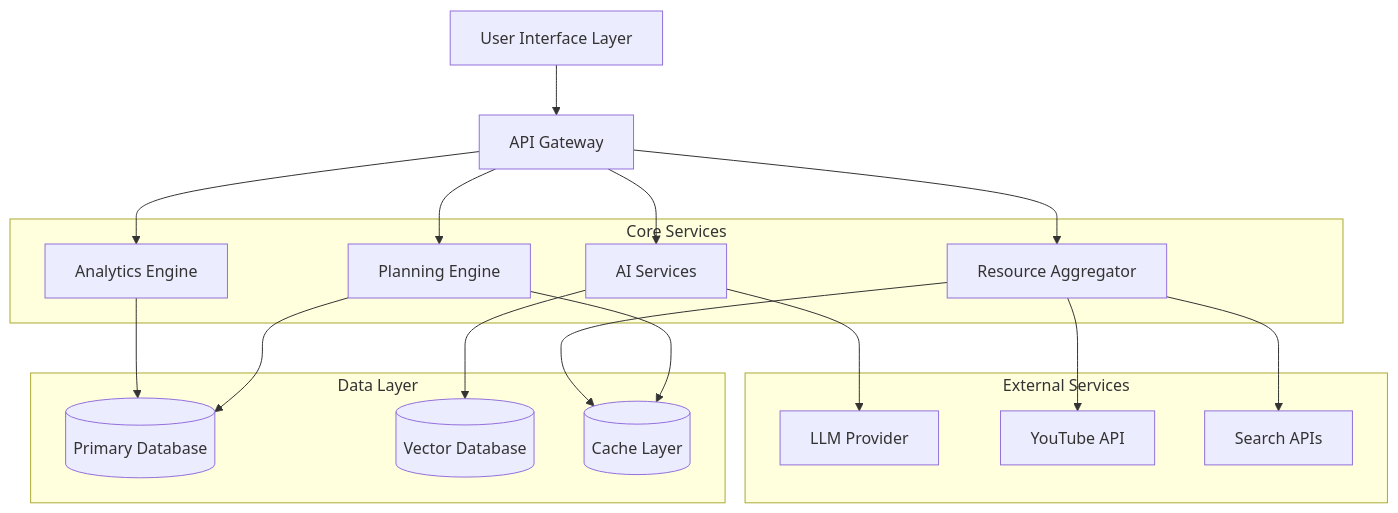
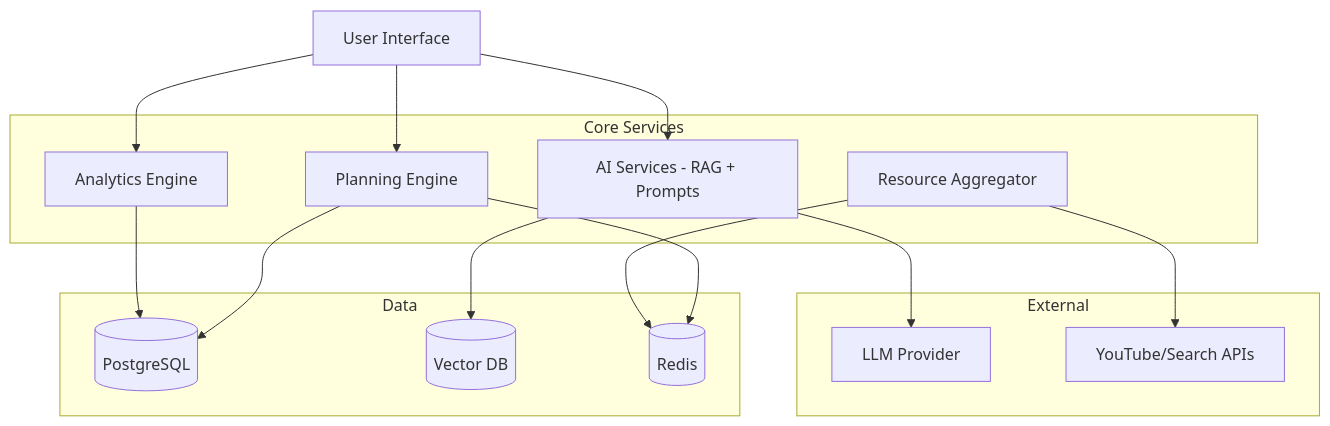
Before and after one commit to SpoorthiChava/Adapta_AI: the diagram in .kiro/specs/adaptive-study-planner/design.md, drawn with Mermaid. The commit also changed other lines of this file, not shown here.

````diff
--- a/.kiro/specs/adaptive-study-planner/design.md
+++ b/.kiro/specs/adaptive-study-planner/design.md
@@ -18,39 +20,34 @@
 ```mermaid
 graph TB
-    UI[User Interface Layer]
-    API[API Gateway]
+    UI[User Interface]
     
     subgraph Core Services
         PE[Planning Engine]
-        AI[AI Services]
+        AI[AI Services - RAG + Prompts]
         AE[Analytics Engine]
         RA[Resource Aggregator]
     end
     
-    subgraph Data Layer
-        DB[(Primary Database)]
-        VDB[(Vector Database)]
-        CACHE[(Cache Layer)]
+    subgraph Data
+        DB[(PostgreSQL)]
+        VDB[(Vector DB)]
+        CACHE[(Redis)]
     end
     
-    subgraph External Services
+    subgraph External
         LLM[LLM Provider]
-        YT[YouTube API]
-        SEARCH[Search APIs]
+        APIs[YouTube/Search APIs]
     end
     
-    UI --> API
-    API --> PE
-    API --> AI
-    API --> AE
-    API --> RA
+    UI --> PE
+    UI --> AI
+    UI --> AE
     
     PE --> DB
     PE --> CACHE
     AI --> VDB
     AI --> LLM
     AE --> DB
-    RA --> YT
-    RA --> SEARCH
+    RA --> APIs
     RA --> CACHE
 ```
````
